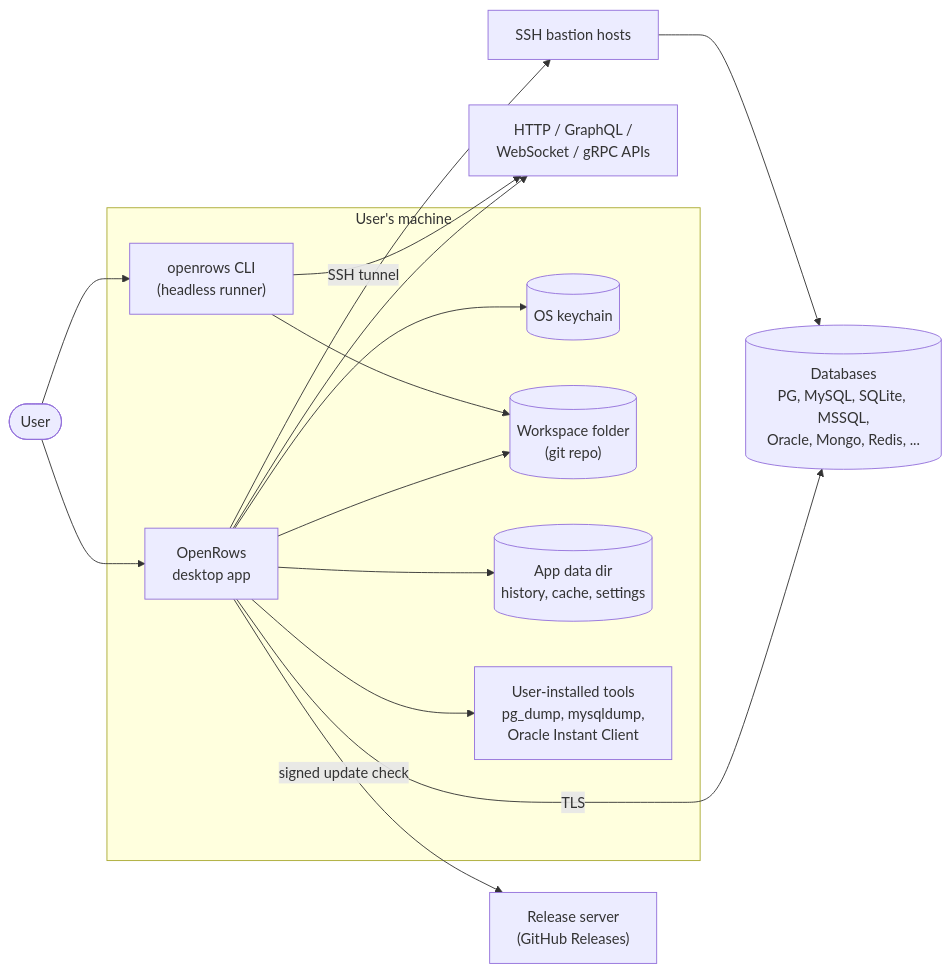
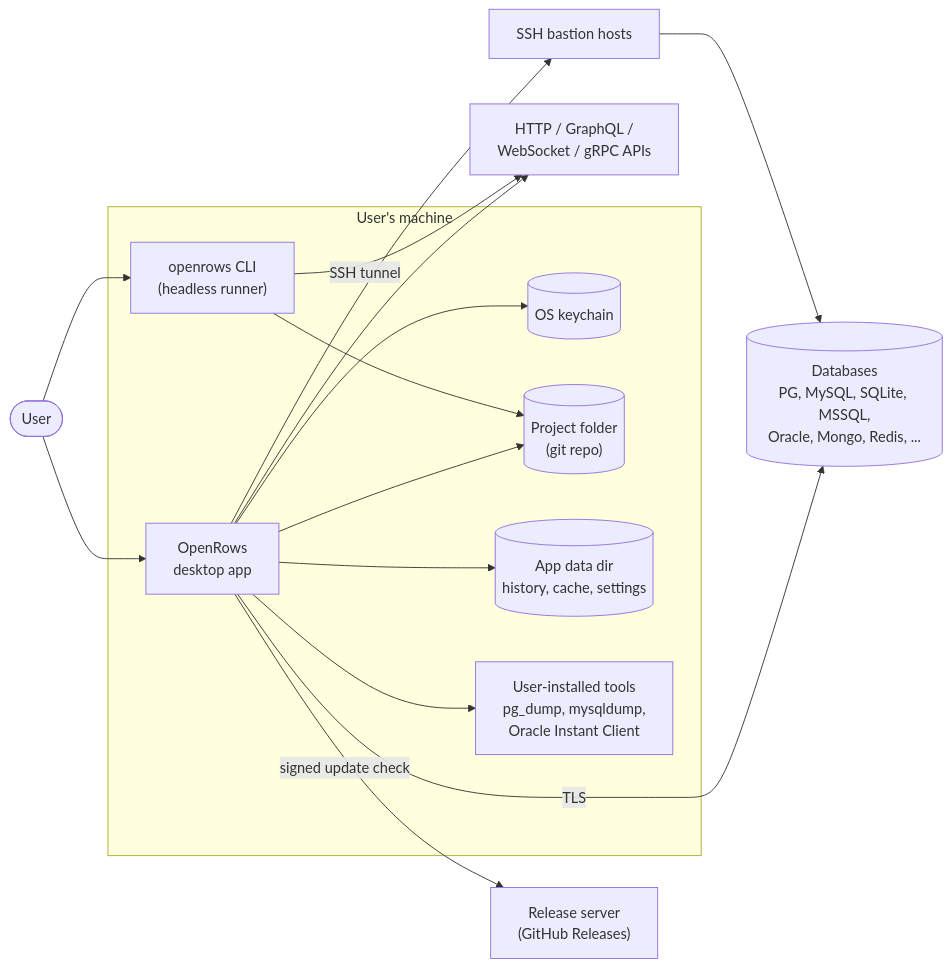
Before and after one commit to theetaz/open-rows: the first of 6 diagrams in docs/03-architecture-overview.md, drawn with Mermaid. The commit also changed 112 other files, not shown here.

````diff
--- a/docs/03-architecture-overview.md
+++ b/docs/03-architecture-overview.md
@@ -18,29 +18,29 @@
 ```mermaid
 flowchart LR
     user(["User"])
     subgraph machine["User's machine"]
         app["OpenRows<br/>desktop app"]
         cli["openrows CLI<br/>(headless runner)"]
         keychain[("OS keychain")]
-        files[("Workspace folder<br/>(git repo)")]
+        files[("Project folder<br/>(git repo)")]
         localdata[("App data dir<br/>history, cache, settings")]
         tools["User-installed tools<br/>pg_dump, mysqldump,<br/>Oracle Instant Client"]
     end
     dbs[("Databases<br/>PG, MySQL, SQLite, MSSQL,<br/>Oracle, Mongo, Redis, ...")]
     apis["HTTP / GraphQL /<br/>WebSocket / gRPC APIs"]
     bastion["SSH bastion hosts"]
     updates["Release server<br/>(GitHub Releases)"]
 
     user --> app
     user --> cli
     app --> keychain
     app --> files
     app --> localdata
     app --> tools
     cli --> files
     app -->|TLS| dbs
     app -->|SSH tunnel| bastion --> dbs
     app --> apis
     cli --> apis
     app -->|signed update check| updates
 ```
````
